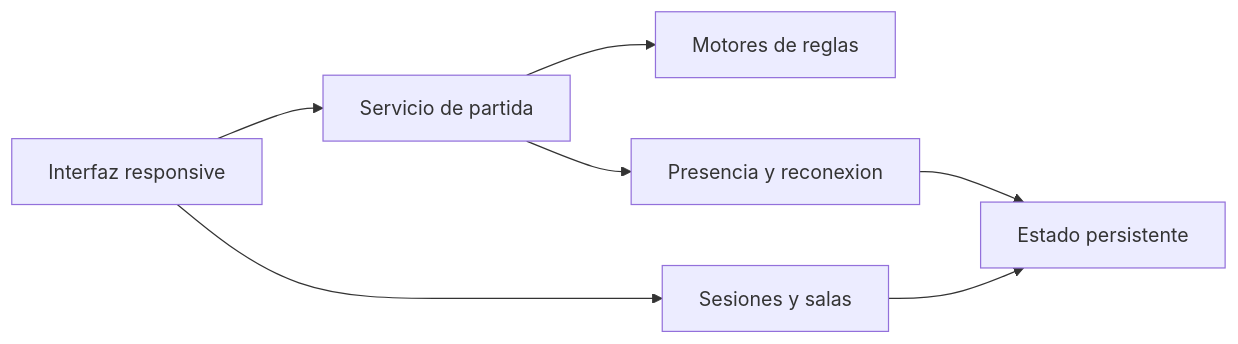
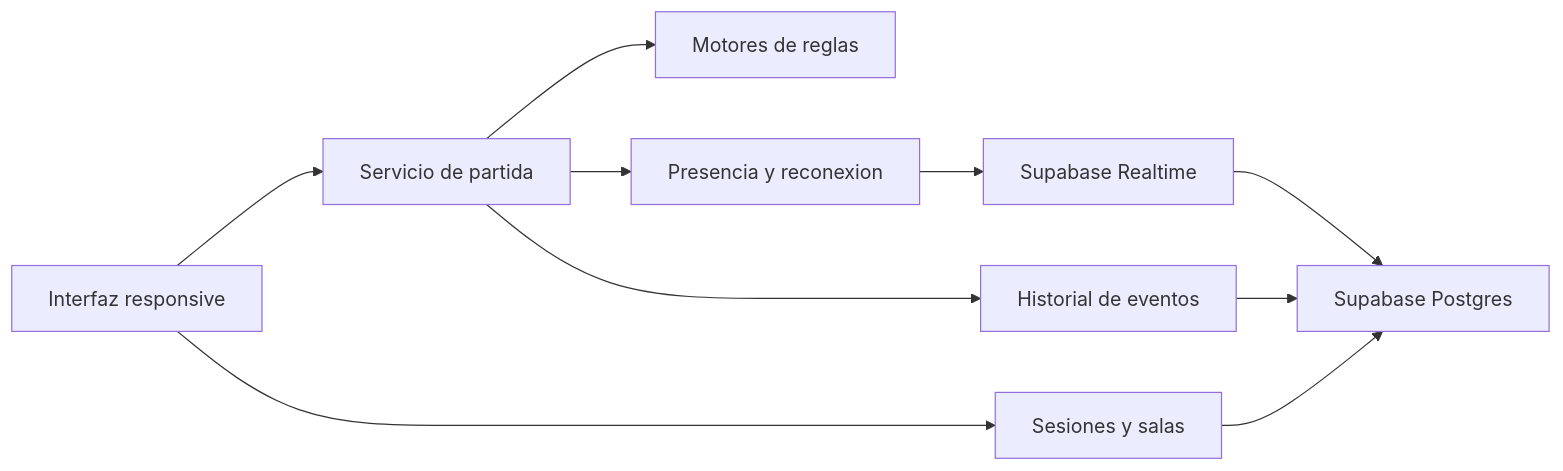
The diagram in TECHNICAL_DESIGN.md (Ivangb-626/card-games), drawn with Mermaid before and after one commit. The commit also changed other lines of this file and 5 other files, not shown here.

Commit message:
docs: align architecture decisions

````diff
--- a/TECHNICAL_DESIGN.md
+++ b/TECHNICAL_DESIGN.md
@@ -26,16 +26,21 @@
 ```mermaid
 flowchart LR
   UI[Interfaz responsive]
   Game[Servicio de partida]
   Rules[Motores de reglas]
   Session[Sesiones y salas]
   Presence[Presencia y reconexion]
-  State[Estado persistente]
+  State[Supabase Postgres]
+  Events[Historial de eventos]
+  Realtime[Supabase Realtime]
 
   UI --> Game
   UI --> Session
   Game --> Rules
   Game --> Presence
   Session --> State
-  Presence --> State
+  Presence --> Realtime
+  Realtime --> State
+  Game --> Events
+  Events --> State
 ```
````
